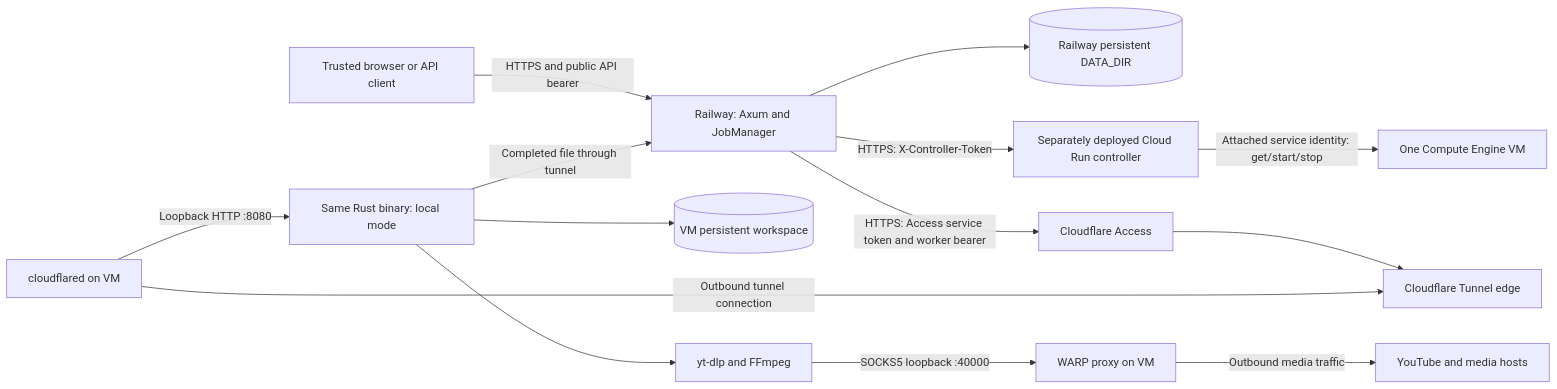
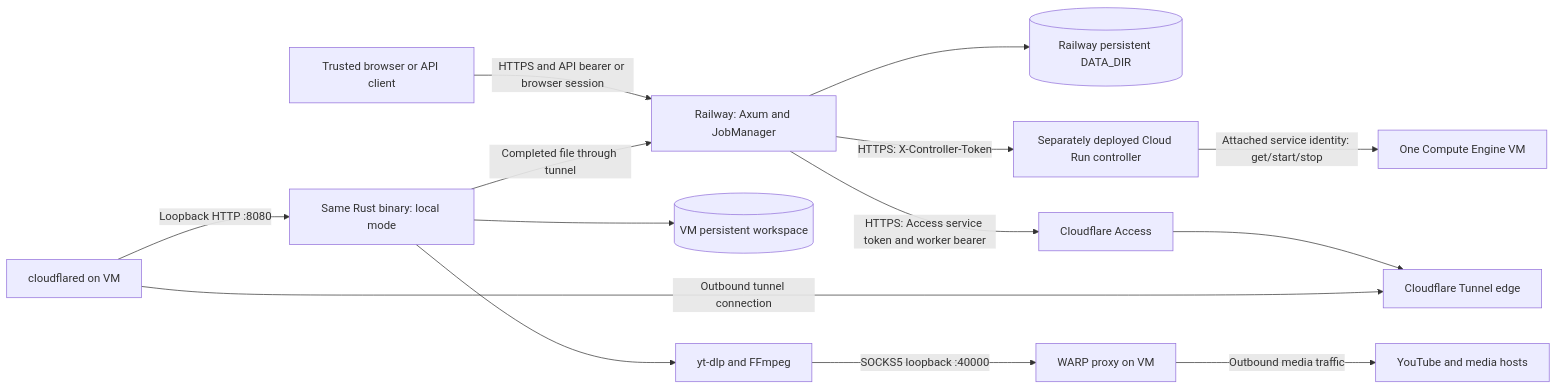
The diagram in docs/architecture.md (darkweb19/youtube-extractor-rs), drawn with Mermaid before and after one commit. The commit also changed other lines of this file and 8 other files, not shown here.

````diff
--- a/docs/architecture.md
+++ b/docs/architecture.md
@@ -22,16 +22,16 @@
 ```mermaid
 flowchart LR
-  User[Trusted browser or API client] -->|HTTPS and public API bearer| Railway[Railway: Axum and JobManager]
+  User[Trusted browser or API client] -->|HTTPS and API bearer or browser session| Railway[Railway: Axum and JobManager]
   Railway --> Disk[(Railway persistent DATA_DIR)]
   Railway -->|HTTPS: X-Controller-Token| Controller[Separately deployed Cloud Run controller]
   Controller -->|Attached service identity: get/start/stop| VM[One Compute Engine VM]
   Railway -->|HTTPS: Access service token and worker bearer| Access[Cloudflare Access]
   Access --> Edge[Cloudflare Tunnel edge]
   Tunnel[cloudflared on VM] -->|Outbound tunnel connection| Edge
   Tunnel -->|Loopback HTTP :8080| Worker[Same Rust binary: local mode]
   Worker --> Temp[(VM persistent workspace)]
   Worker --> YTDLP[yt-dlp and FFmpeg]
   YTDLP -->|SOCKS5 loopback :40000| WARP[WARP proxy on VM]
   WARP -->|Outbound media traffic| YouTube[YouTube and media hosts]
   Worker -->|Completed file through tunnel| Railway
 ```
````
